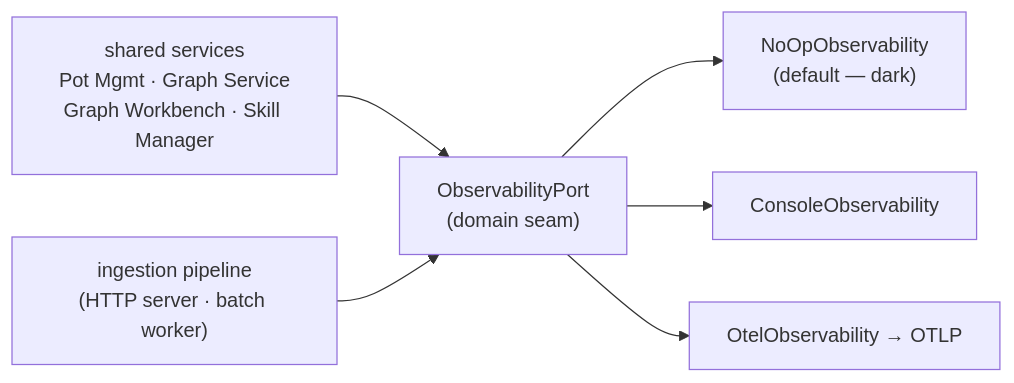
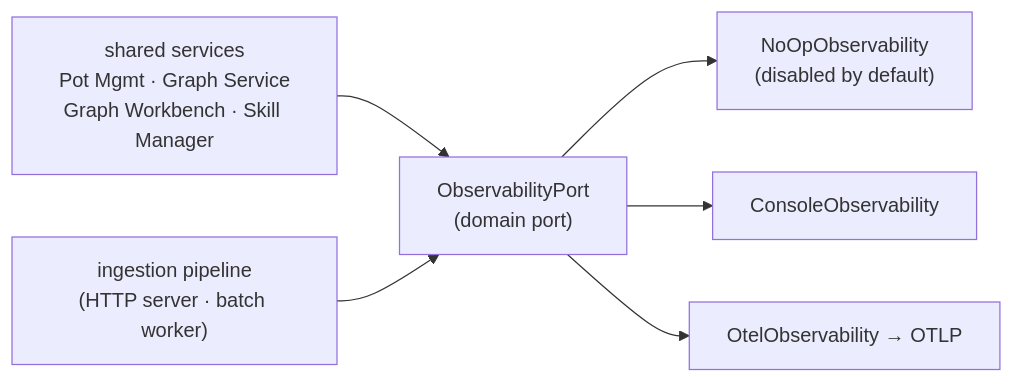
One commit to potpie-ai/potpie changed the diagram in docs/context-graph/observability.md. Above: the diagram before and after it, drawn with Mermaid. The commit also changed other lines of this file and 34 other files, not shown here.

Commit message:
refactor: simplify runtime and graph code and tighten docs

````diff
--- a/docs/context-graph/observability.md
+++ b/docs/context-graph/observability.md
@@ -23,15 +21,15 @@
 ```mermaid
 flowchart LR
   obs_core["shared services<br/>Pot Mgmt · Graph Service<br/>Graph Workbench · Skill Manager"]
   obs_ingest["ingestion pipeline<br/>(HTTP server · batch worker)"]
-  obs_port["ObservabilityPort<br/>(domain seam)"]
-  obs_noop["NoOpObservability<br/>(default — dark)"]
+  obs_port["ObservabilityPort<br/>(domain port)"]
+  obs_noop["NoOpObservability<br/>(disabled by default)"]
   obs_console["ConsoleObservability"]
   obs_otel["OtelObservability → OTLP"]
 
   obs_core --> obs_port
   obs_ingest --> obs_port
   obs_port --> obs_noop
   obs_port --> obs_console
   obs_port --> obs_otel
 ```
````
